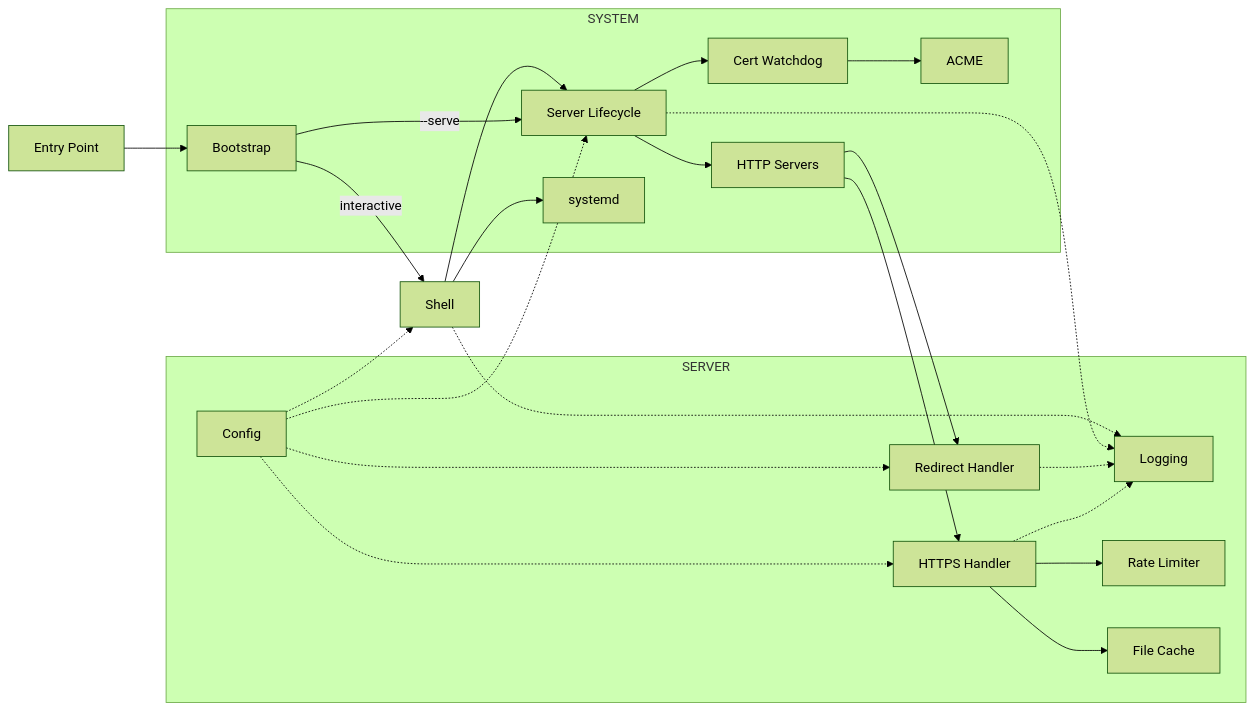
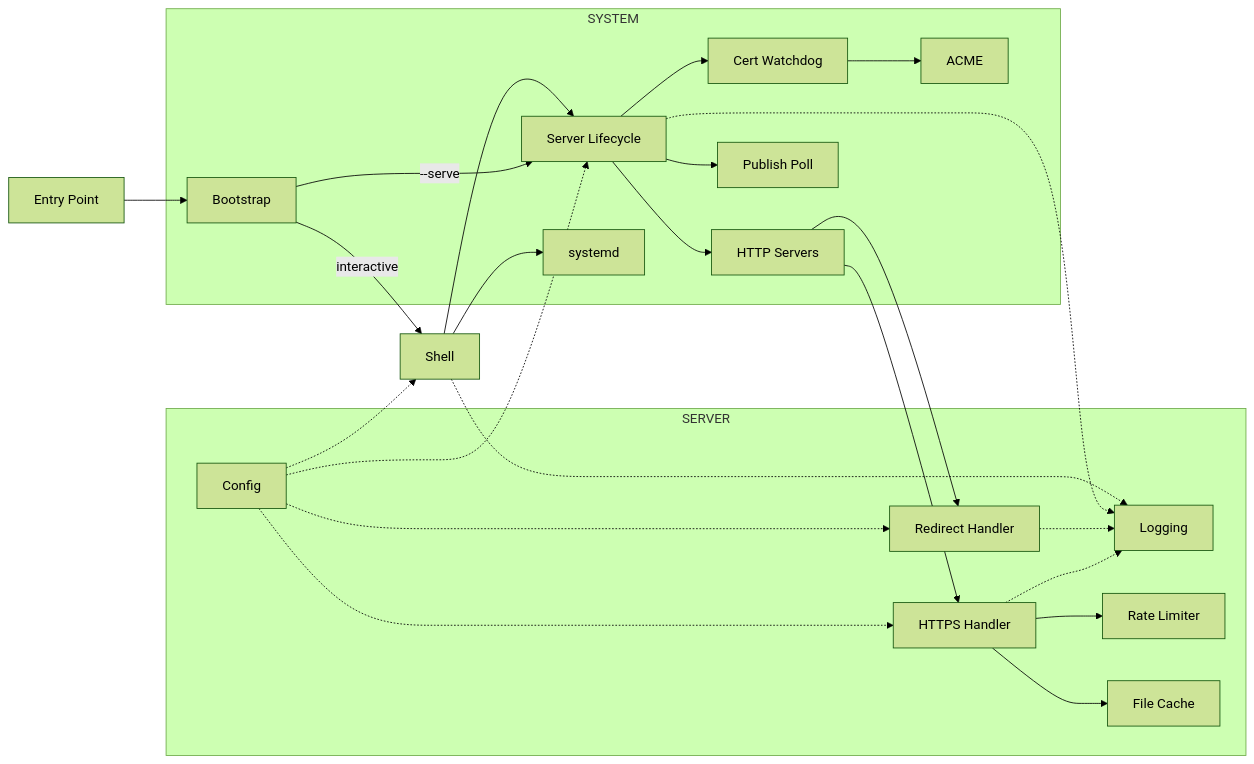
One commit to andy-emerson/Servette changed the diagram in DESIGN.md. Above: the diagram before and after it, drawn with Mermaid (forest theme). The commit also changed other lines of this file and 1 other file, not shown here.

First line of the commit message:
Document the publish channel in DESIGN.md; refresh line counts

````diff
--- a/DESIGN.md
+++ b/DESIGN.md
@@ -57,51 +57,53 @@
 ```mermaid
 graph LR
     EP[Entry Point]
 
     subgraph SERVER
         CFG[Config]
         LOG[Logging]
         RL[Rate Limiter]
         FC[File Cache]
         HTTPS[HTTPS Handler]
         HTTP[Redirect Handler]
     end
 
     subgraph SYSTEM
         BS[Bootstrap]
         SRV[Server Lifecycle]
         ASG[HTTP Servers]
         CW[Cert Watchdog]
+        PP[Publish Poll]
         ACME[ACME]
         SD[systemd]
     end
 
     SH[Shell]
 
     CFG -.-> HTTPS
     CFG -.-> HTTP
     CFG -.-> SRV
     CFG -.-> SH
 
     EP --> BS
     BS -->|--serve| SRV
     BS -->|interactive| SH
 
     SH --> SRV
     SH --> SD
 
     SRV --> ASG
     SRV --> CW
+    SRV --> PP
     ASG --> HTTPS
     ASG --> HTTP
 
     CW --> ACME
 
     HTTPS --> RL
     HTTPS --> FC
 
     HTTPS -.-> LOG
     HTTP -.-> LOG
     SRV -.-> LOG
     SH -.-> LOG
 ```
````
